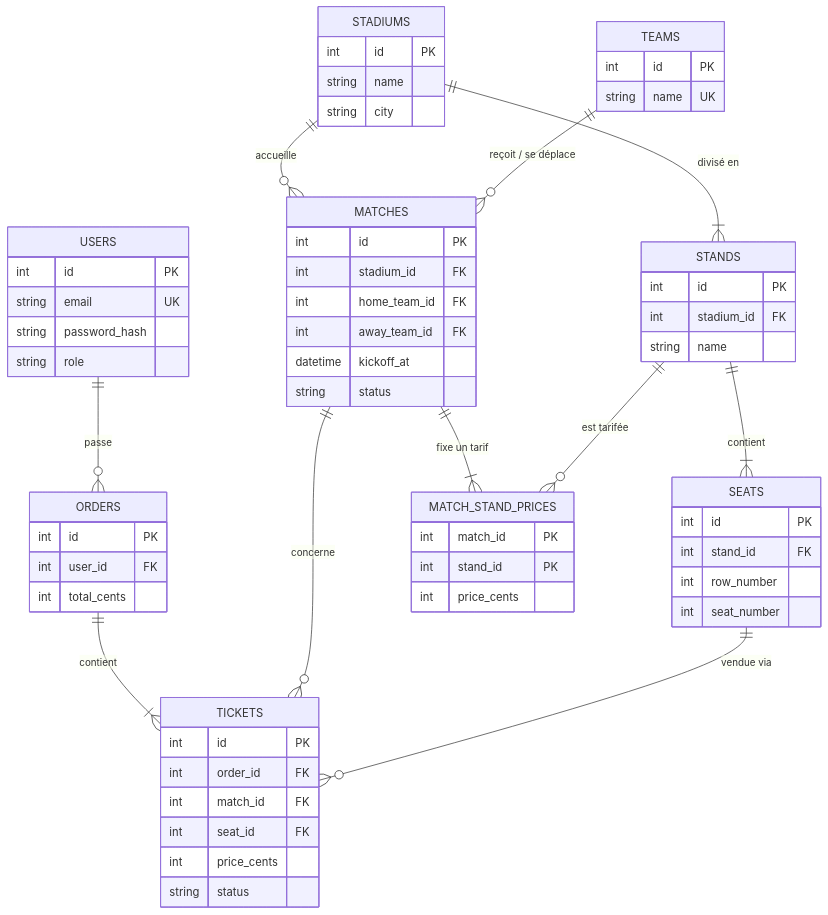
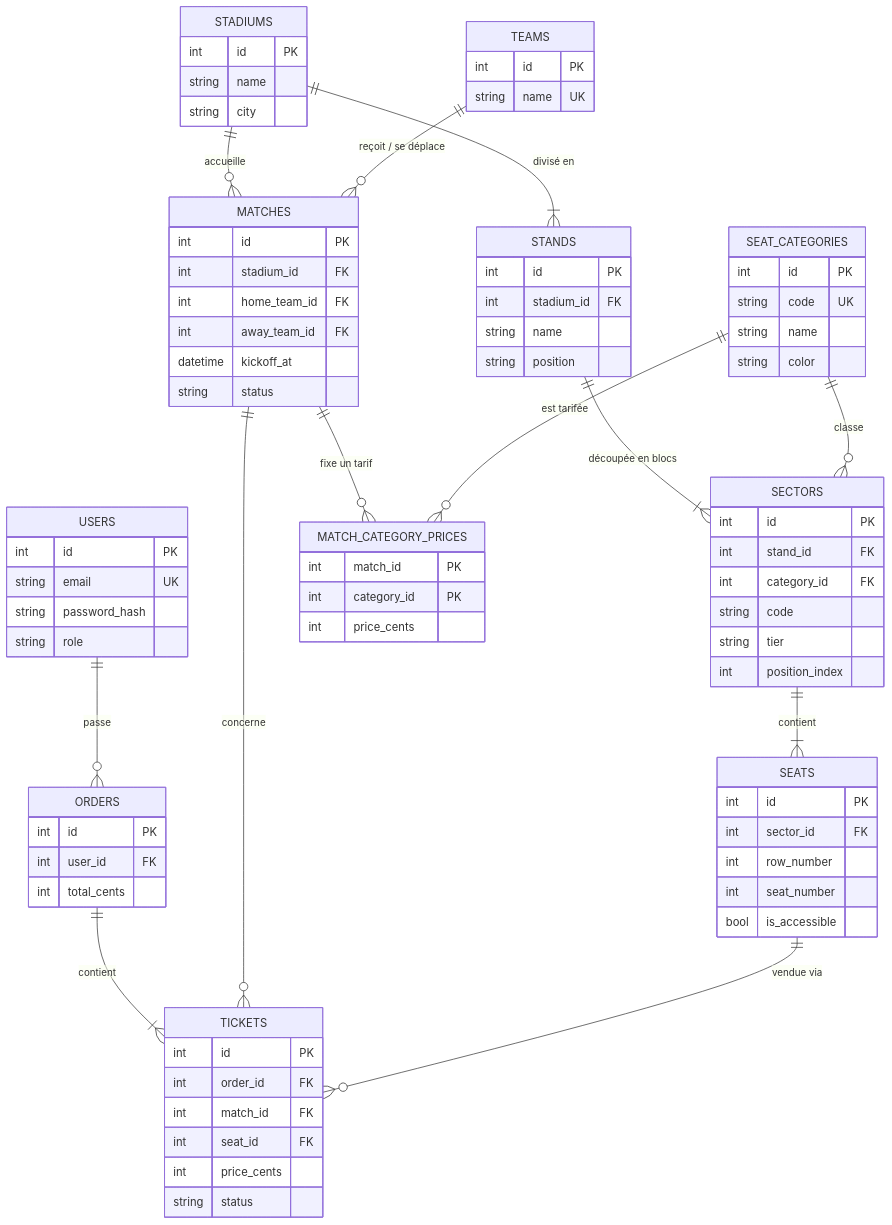
Before and after one commit to salah-87/Footix: the diagram in docs/mcd.mmd, drawn with Mermaid. The commit also changed 30 other files, not shown here.

```diff
--- a/docs/mcd.mmd
+++ b/docs/mcd.mmd
@@ -1,63 +1,81 @@
 erDiagram
   USERS ||--o{ ORDERS : "passe"
   ORDERS ||--|{ TICKETS : "contient"
   MATCHES ||--o{ TICKETS : "concerne"
   SEATS ||--o{ TICKETS : "vendue via"
   STADIUMS ||--|{ STANDS : "divisé en"
-  STANDS ||--|{ SEATS : "contient"
+  STANDS ||--|{ SECTORS : "découpée en blocs"
+  SEAT_CATEGORIES ||--o{ SECTORS : "classe"
+  SECTORS ||--|{ SEATS : "contient"
   STADIUMS ||--o{ MATCHES : "accueille"
   TEAMS ||--o{ MATCHES : "reçoit / se déplace"
-  MATCHES ||--|{ MATCH_STAND_PRICES : "fixe un tarif"
-  STANDS ||--o{ MATCH_STAND_PRICES : "est tarifée"
+  MATCHES ||--o{ MATCH_CATEGORY_PRICES : "fixe un tarif"
+  SEAT_CATEGORIES ||--o{ MATCH_CATEGORY_PRICES : "est tarifée"
   USERS {
     int id PK
     string email UK
     string password_hash
     string role
   }
   ORDERS {
     int id PK
     int user_id FK
     int total_cents
   }
   TICKETS {
     int id PK
     int order_id FK
     int match_id FK
     int seat_id FK
     int price_cents
     string status
   }
   MATCHES {
     int id PK
     int stadium_id FK
     int home_team_id FK
     int away_team_id FK
     datetime kickoff_at
     string status
   }
-  SEATS {
+  STADIUMS {
     int id PK
-    int stand_id FK
-    int row_number
-    int seat_number
+    string name
+    string city
   }
   STANDS {
     int id PK
     int stadium_id FK
     string name
+    string position
   }
-  STADIUMS {
+  SECTORS {
     int id PK
+    int stand_id FK
+    int category_id FK
+    string code
+    string tier
+    int position_index
+  }
+  SEAT_CATEGORIES {
+    int id PK
+    string code UK
     string name
-    string city
+    string color
+  }
+  SEATS {
+    int id PK
+    int sector_id FK
+    int row_number
+    int seat_number
+    bool is_accessible
   }
   TEAMS {
     int id PK
     string name UK
   }
-  MATCH_STAND_PRICES {
+  MATCH_CATEGORY_PRICES {
     int match_id PK
-    int stand_id PK
+    int category_id PK
     int price_cents
   }
```
